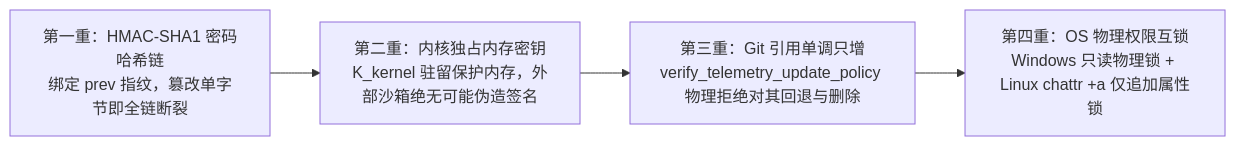
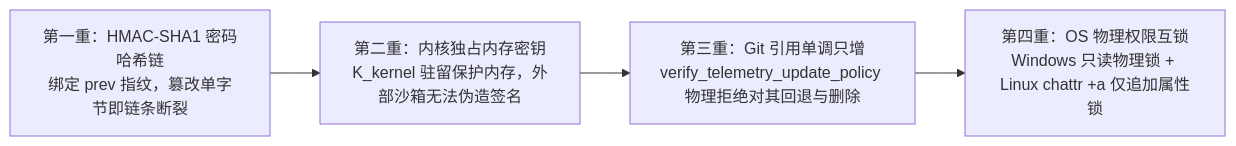
The second of 2 diagrams in fractal-git/docs/09-test-cache-and-telemetry-audit-spec.md (guilingzhouyi-creator/vscode-extensions), drawn with Mermaid before and after one commit. The commit also changed other lines of this file and 8 other files, not shown here.

````diff
--- a/fractal-git/docs/09-test-cache-and-telemetry-audit-spec.md
+++ b/fractal-git/docs/09-test-cache-and-telemetry-audit-spec.md
@@ -127,9 +127,9 @@
 ```mermaid
 flowchart LR
-    L1["第一重：HMAC-SHA1 密码哈希链<br/>绑定 prev 指纹，篡改单字节即全链断裂"]
-    L2["第二重：内核独占内存密钥<br/>K_kernel 驻留保护内存，外部沙箱绝无可能伪造签名"]
+    L1["第一重：HMAC-SHA1 密码哈希链<br/>绑定 prev 指纹，篡改单字节即链条断裂"]
+    L2["第二重：内核独占内存密钥<br/>K_kernel 驻留保护内存，外部沙箱无法伪造签名"]
     L3["第三重：Git 引用单调只增<br/>verify_telemetry_update_policy 物理拒绝对其回退与删除"]
     L4["第四重：OS 物理权限互锁<br/>Windows 只读物理锁 + Linux chattr +a 仅追加属性锁"]
 
     L1 --> L2 --> L3 --> L4
 ```
````
